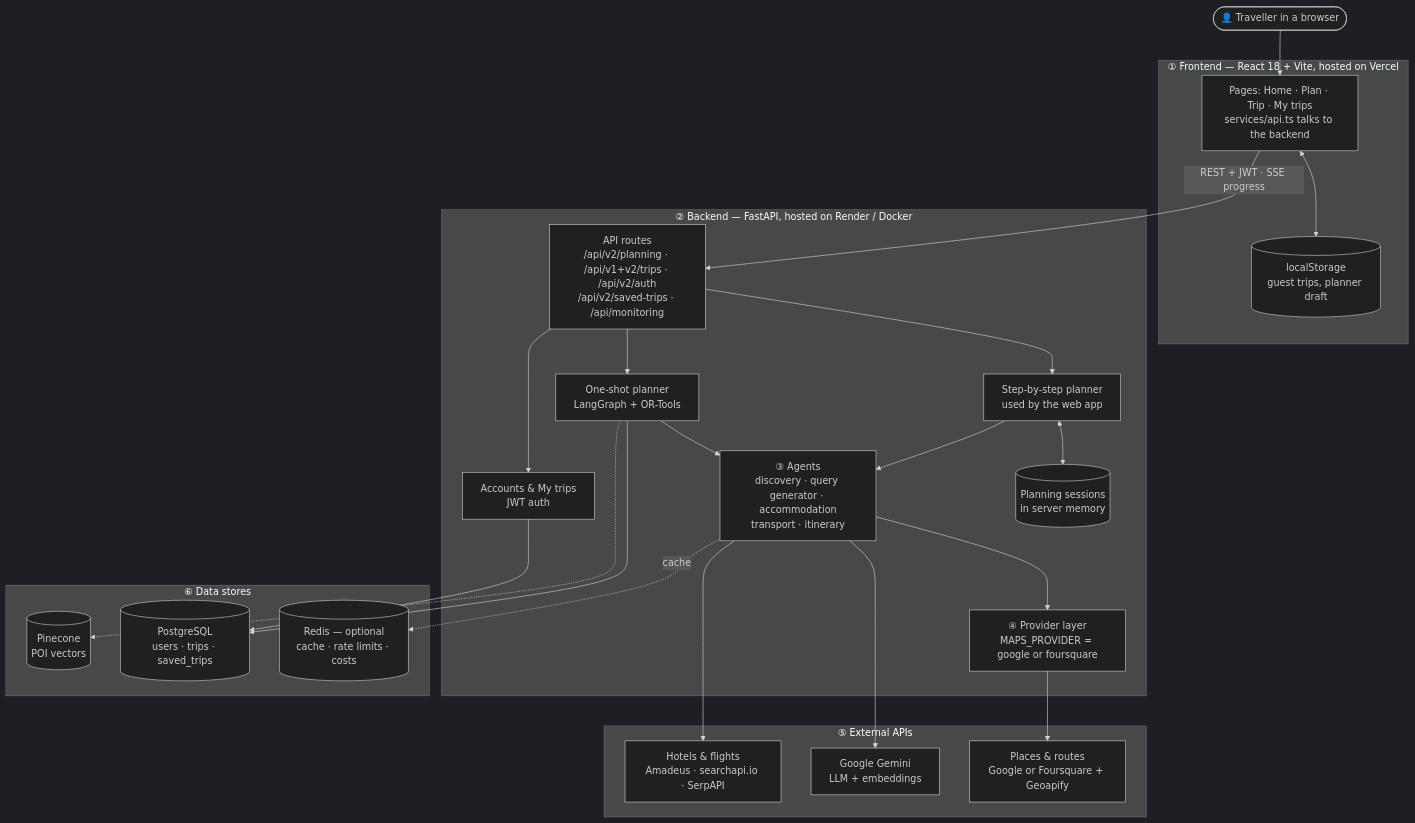
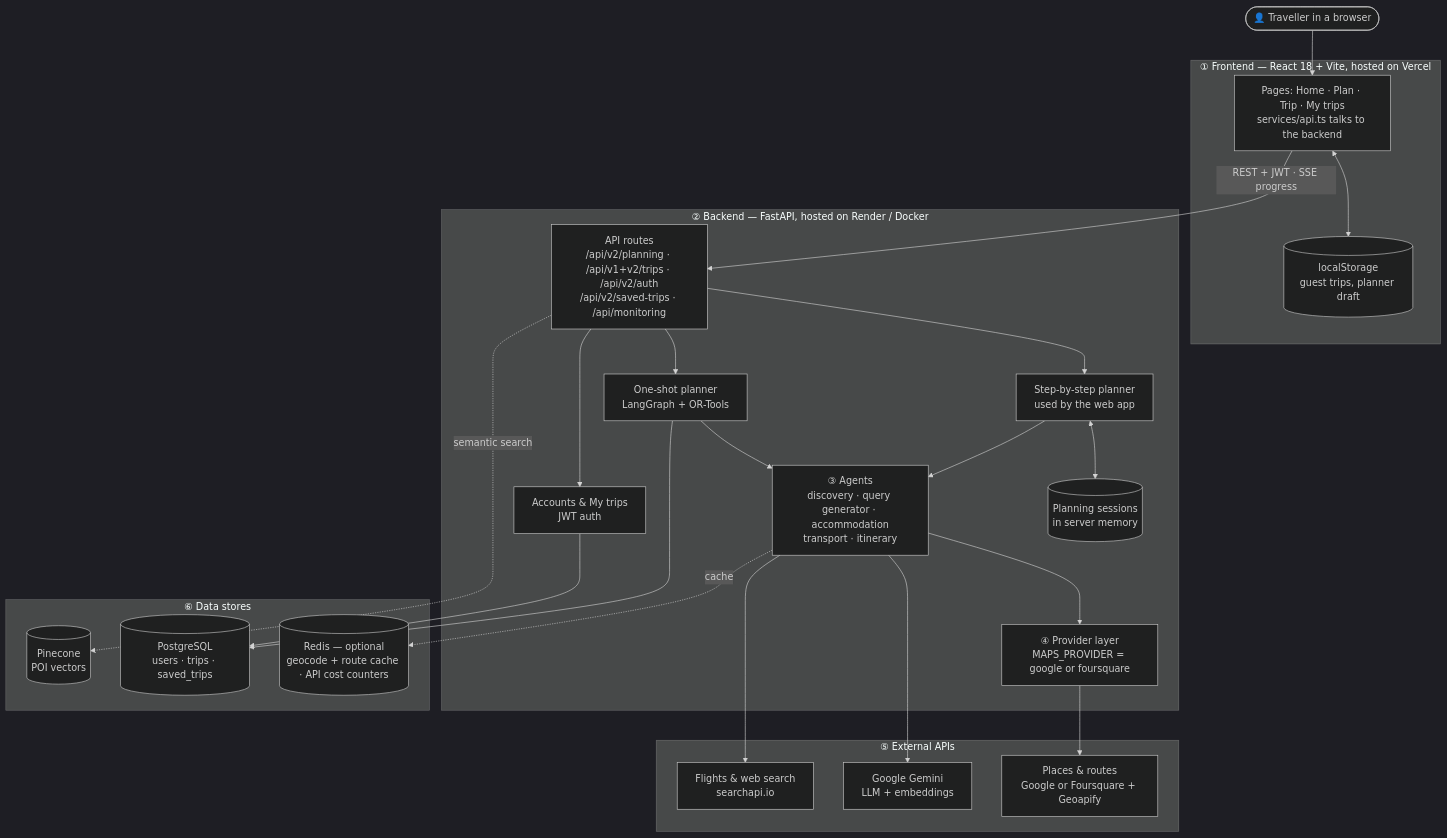
The first of 4 diagrams in README.md (vaibhavdabas16/TravelAgent), drawn with Mermaid (dark theme) before and after one commit. The commit also changed other lines of this file and 4 other files, not shown here.

````diff
--- a/README.md
+++ b/README.md
@@ -27,45 +27,45 @@
 ```mermaid
 flowchart TB
     U(["👤 Traveller in a browser"])
 
     subgraph FE["① Frontend — React 18 + Vite, hosted on Vercel"]
         APP["Pages: Home · Plan · Trip · My trips<br/>services/api.ts talks to the backend"]
         LS[("localStorage<br/>guest trips, planner draft")]
     end
 
     subgraph BE["② Backend — FastAPI, hosted on Render / Docker"]
         ROUTES["API routes<br/>/api/v2/planning · /api/v1+v2/trips · /api/v2/auth<br/>/api/v2/saved-trips · /api/monitoring"]
         PLAN["Step-by-step planner<br/>used by the web app"]
         ONE["One-shot planner<br/>LangGraph + OR-Tools"]
         ACC["Accounts & My trips<br/>JWT auth"]
         SESS[("Planning sessions<br/>in server memory")]
         AGENTS["③ Agents<br/>discovery · query generator · accommodation<br/>transport · itinerary"]
         PROV["④ Provider layer<br/>MAPS_PROVIDER = google or foursquare"]
     end
 
     subgraph EXT["⑤ External APIs"]
         GEM["Google Gemini<br/>LLM + embeddings"]
         MAPS["Places & routes<br/>Google or Foursquare + Geoapify"]
-        INV["Hotels & flights<br/>Amadeus · searchapi.io · SerpAPI"]
+        INV["Flights & web search<br/>searchapi.io"]
     end
 
     subgraph DATA["⑥ Data stores"]
         PG[("PostgreSQL<br/>users · trips · saved_trips")]
-        RD[("Redis — optional<br/>cache · rate limits · costs")]
+        RD[("Redis — optional<br/>geocode + route cache · API cost counters")]
         PC[("Pinecone<br/>POI vectors")]
     end
 
     U --> APP
     APP <--> LS
     APP -->|"REST + JWT · SSE progress"| ROUTES
     ROUTES --> PLAN & ONE & ACC
     PLAN <--> SESS
     PLAN --> AGENTS
     ONE --> AGENTS
     AGENTS --> PROV --> MAPS
     AGENTS --> GEM & INV
     ACC --> PG
     ONE --> PG
-    ONE -.-> PC
+    ROUTES -.->|"semantic search"| PC
     AGENTS -.->|cache| RD
 ```
````
